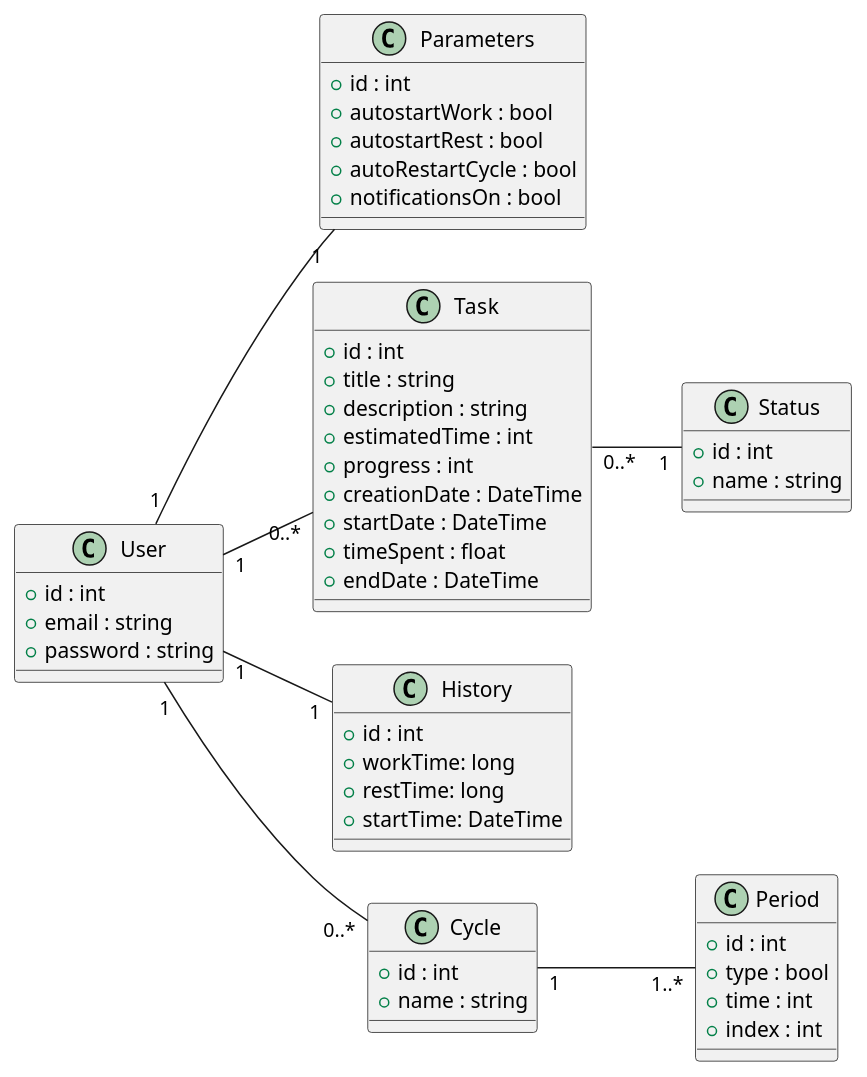
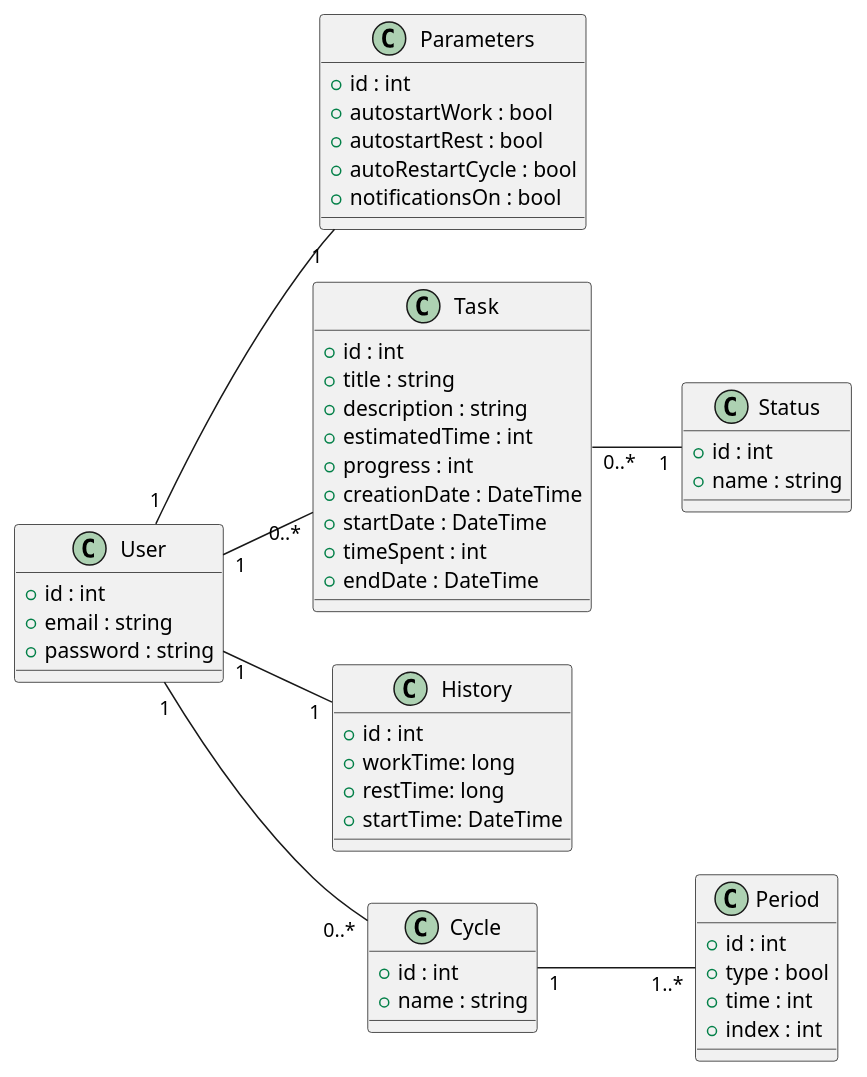
The diagram in pomodoro_domain.wsd (MDGav82/FocusTimer), drawn with PlantUML before and after one commit.

```diff
--- a/pomodoro_domain.wsd
+++ b/pomodoro_domain.wsd
@@ -1,62 +1,62 @@
 @startuml pomodoro_domain
 left to right direction
 
 class User {
   +id : int
   +email : string
   +password : string
 }
 
 class Parameters {
   +id : int
   +autostartWork : bool
   +autostartRest : bool
   +autoRestartCycle : bool
   +notificationsOn : bool
 }
 
 class Task {
   +id : int
   +title : string
   +description : string
   +estimatedTime : int
   +progress : int
   +creationDate : DateTime
   +startDate : DateTime
-  +timeSpent : float
+  +timeSpent : int
   +endDate : DateTime
 }
 
 class History {
   +id : int
   +workTime: long
   +restTime: long
   +startTime: DateTime
 }
 class Cycle {
   +id : int
   +name : string
 }
 
 class Period {
   +id : int
   +type : bool
   +time : int
   +index : int
 }
 
 class Status {
    +id : int
   +name : string
 }
 
 ' Relations
 
 User "1" -- "1" Parameters
 User "1" -- "0..*" Task
 User "1" -- "0..*" Cycle
 User "1" -- "1" History
 Cycle "1" -- "1..*" Period
 Task "0..*" -- "1" Status
 
 @enduml
```
